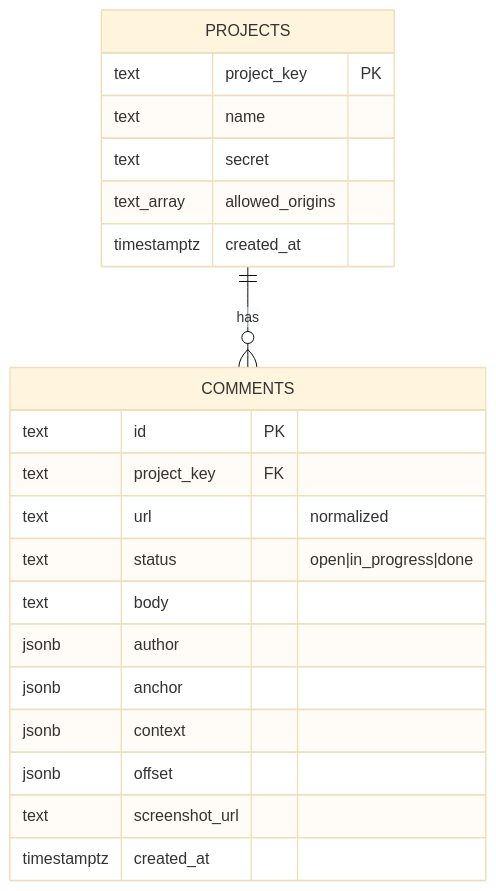
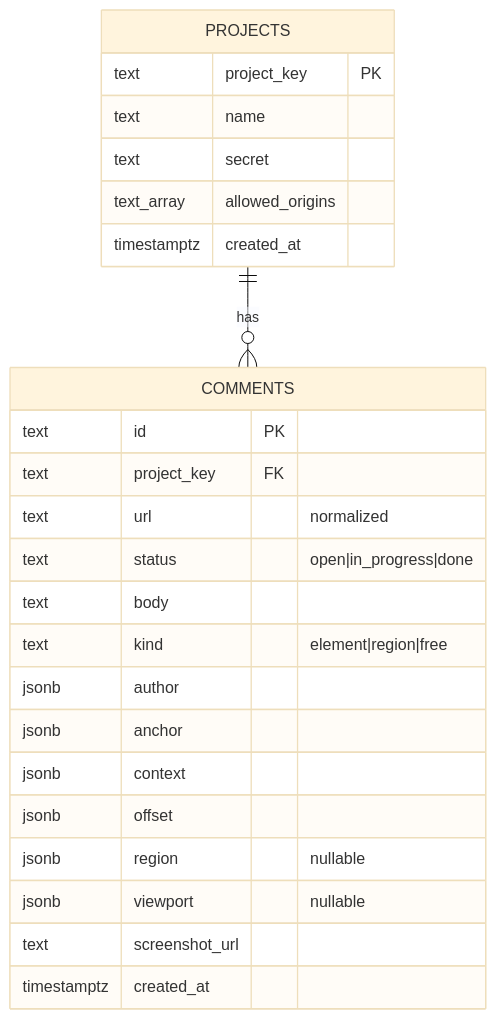
One commit to mohamed-ashraf-elsaed/loupe changed the sixth of 7 diagrams in docs/ARCHITECTURE.md. Above: the diagram before and after it, drawn with Mermaid (base theme). The commit also changed 34 other files, not shown here.

````diff
--- a/docs/ARCHITECTURE.md
+++ b/docs/ARCHITECTURE.md
@@ -169,24 +169,27 @@
 ```mermaid
 erDiagram
   PROJECTS ||--o{ COMMENTS : has
   PROJECTS {
     text project_key PK
     text name
     text secret
     text_array allowed_origins
     timestamptz created_at
   }
   COMMENTS {
     text id PK
     text project_key FK
     text url "normalized"
     text status "open|in_progress|done"
     text body
+    text kind "element|region|free"
     jsonb author
     jsonb anchor
     jsonb context
     jsonb offset
+    jsonb region "nullable"
+    jsonb viewport "nullable"
     text screenshot_url
     timestamptz created_at
   }
 ```
````
